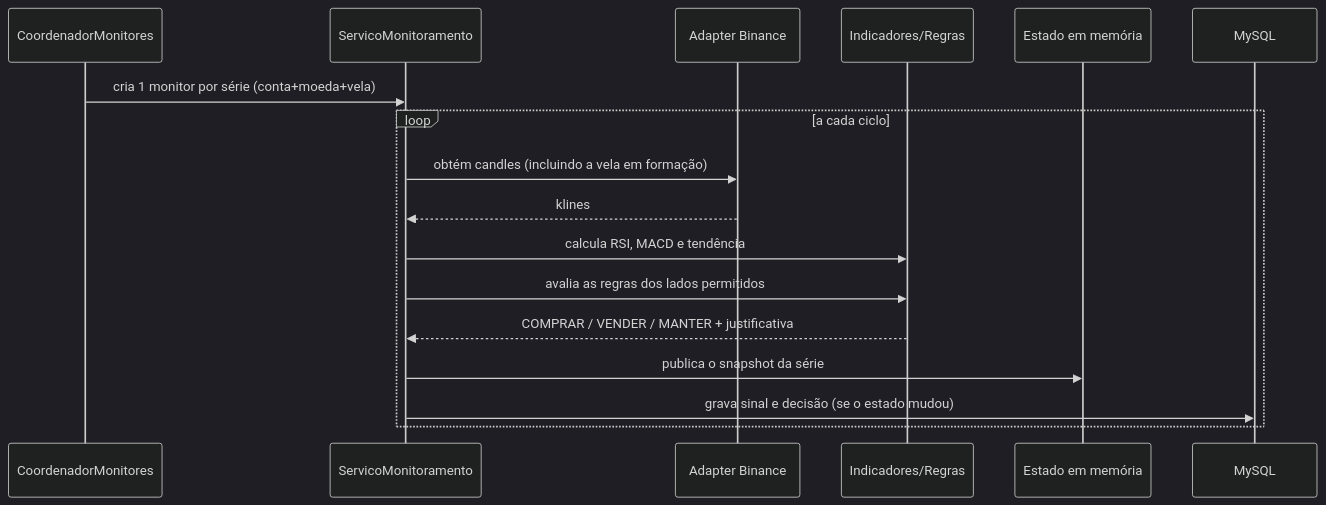
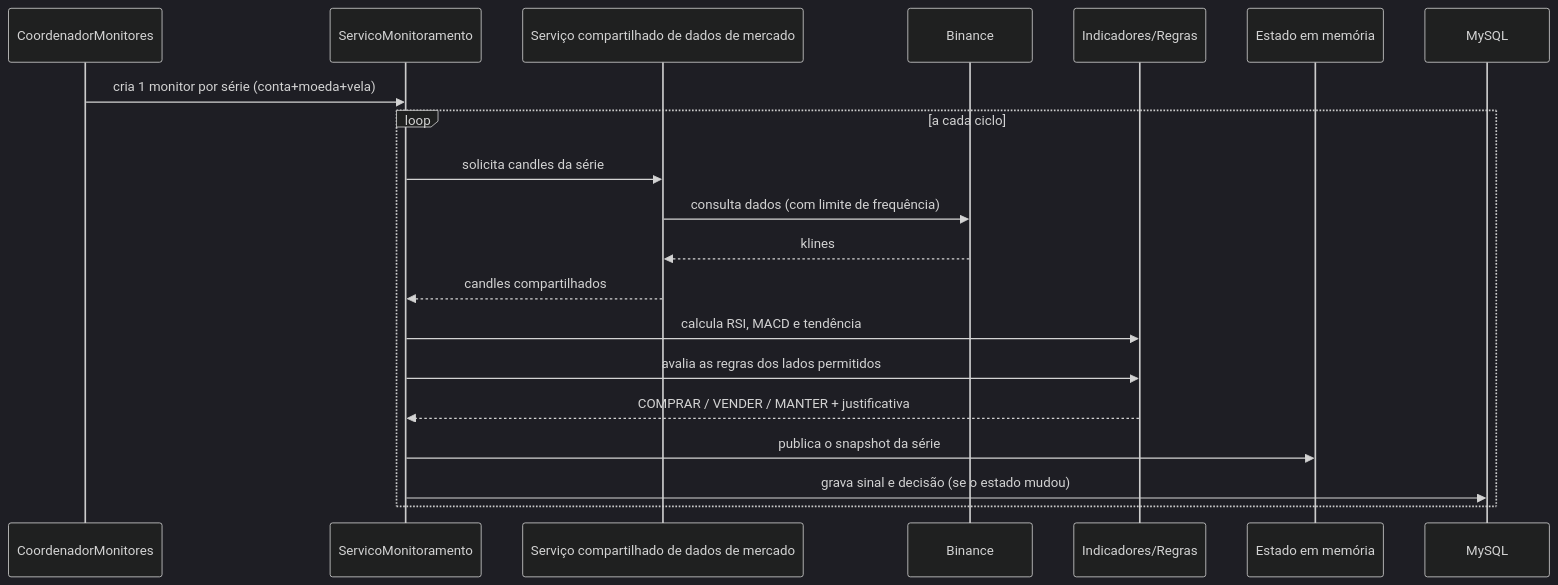
The third of 6 diagrams in Docs/ARQUITETURA.md (Marcelo-Davila/TradingBot-Vitrine), drawn with Mermaid (dark theme) before and after one commit. The commit also changed other lines of this file and 4 other files, not shown here.

````diff
--- a/Docs/ARQUITETURA.md
+++ b/Docs/ARQUITETURA.md
@@ -158,20 +181,23 @@
 ```mermaid
 sequenceDiagram
     participant C as CoordenadorMonitores
     participant M as ServicoMonitoramento
-    participant B as Adapter Binance
+    participant H as Serviço compartilhado de dados de mercado
+    participant B as Binance
     participant A as Indicadores/Regras
     participant E as Estado em memória
     participant D as MySQL
 
     C->>M: cria 1 monitor por série (conta+moeda+vela)
     loop a cada ciclo
-        M->>B: obtém candles (incluindo a vela em formação)
-        B-->>M: klines
+        M->>H: solicita candles da série
+        H->>B: consulta dados (com limite de frequência)
+        B-->>H: klines
+        H-->>M: candles compartilhados
         M->>A: calcula RSI, MACD e tendência
         M->>A: avalia as regras dos lados permitidos
         A-->>M: COMPRAR / VENDER / MANTER + justificativa
         M->>E: publica o snapshot da série
         M->>D: grava sinal e decisão (se o estado mudou)
     end
 ```
````
